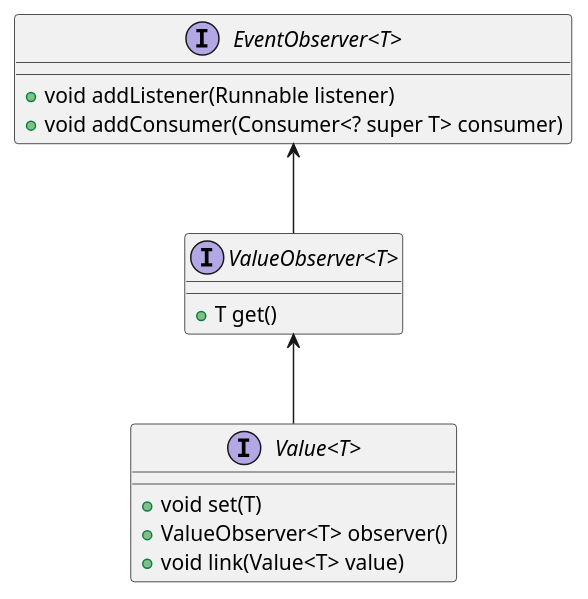
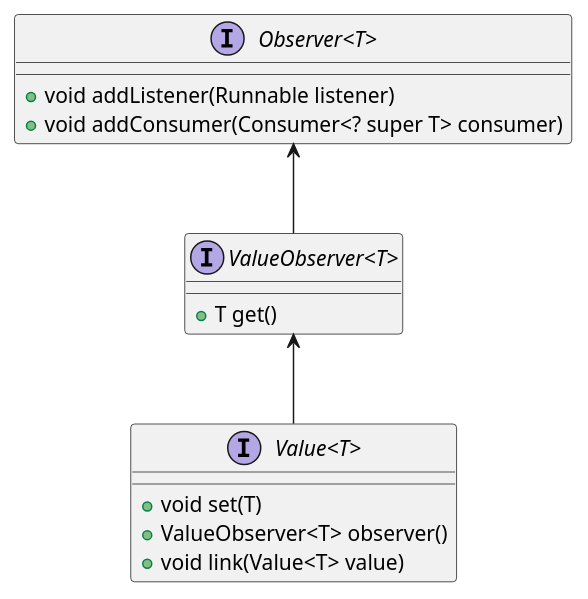
Before and after one commit to codion-is/codion: the second of 3 diagrams in documentation/src/docs/asciidoc/manual/common-core.adoc, drawn with PlantUML. The commit also changed other lines of this file and 54 other files, not shown here.

```diff
--- a/documentation/src/docs/asciidoc/manual/common-core.adoc
+++ b/documentation/src/docs/asciidoc/manual/common-core.adoc
@@ -57,22 +57,22 @@
 [plantuml,value-diagram,svg,align=center]
 -------------------------------------------
 skinparam genericDisplay old
 
 interface Value<T> {
     +void set(T)
     +ValueObserver<T> observer()
     +void link(Value<T> value)
 }
 
 interface ValueObserver<T> {
     +T get()
 }
 
-interface EventObserver<T> {
+interface Observer<T> {
     +void addListener(Runnable listener)
     +void addConsumer(Consumer<? super T> consumer)
 }
 
 ValueObserver <-- Value
-EventObserver <-- ValueObserver
+Observer <-- ValueObserver
 -------------------------------------------
```
